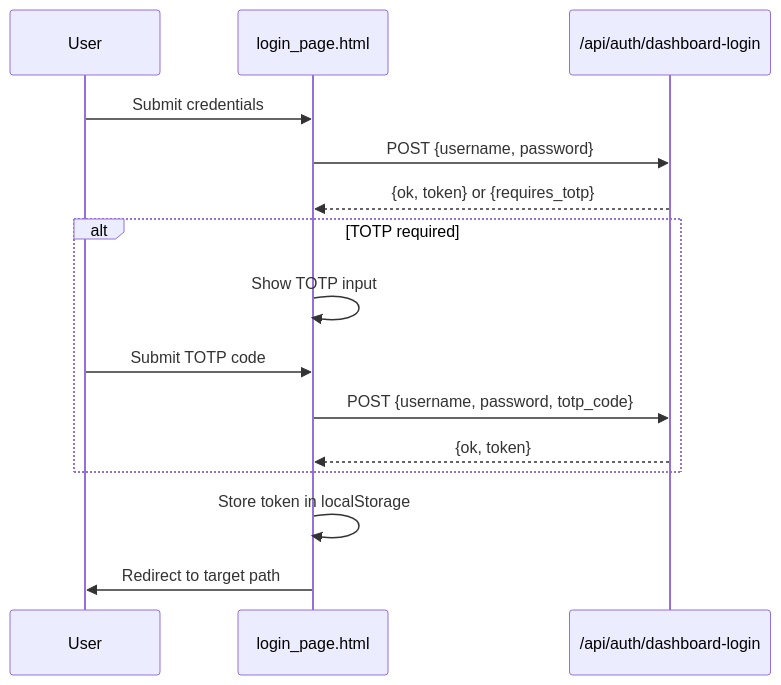
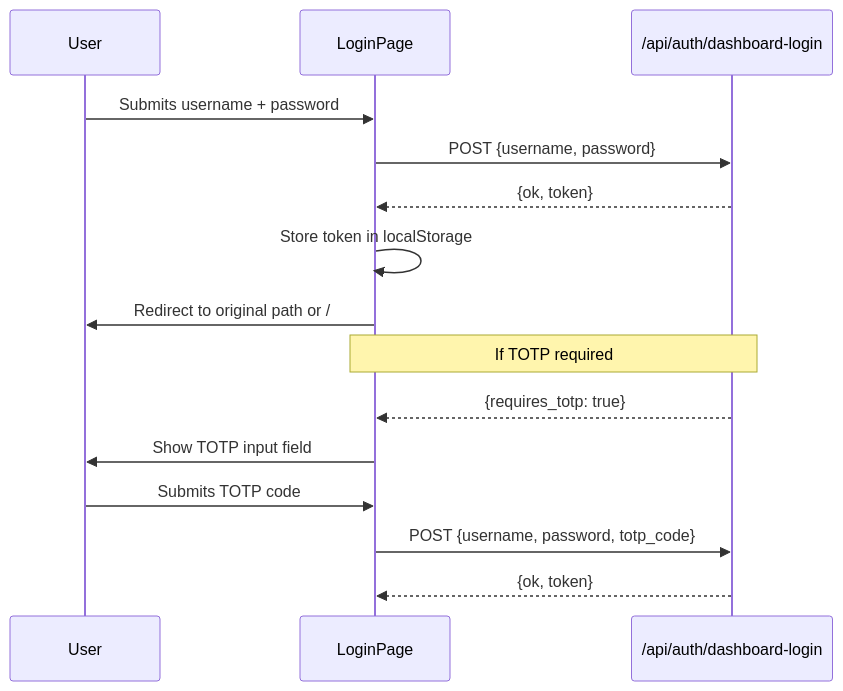
One commit to leszek3737/librefang-WIki changed the diagram in other-librefang-api-src.md. Above: the diagram before and after it, drawn with Mermaid. The commit also changed other lines of this file and 119 other files, not shown here.

````diff
--- a/other-librefang-api-src.md
+++ b/other-librefang-api-src.md
@@ -19,18 +15,19 @@
 ```mermaid
 sequenceDiagram
     participant User
-    participant LoginPage as login_page.html
+    participant LoginPage
     participant API as /api/auth/dashboard-login
 
-    User->>LoginPage: Submit credentials
+    User->>LoginPage: Submits username + password
     LoginPage->>API: POST {username, password}
-    API-->>LoginPage: {ok, token} or {requires_totp}
-    alt TOTP required
-        LoginPage->>LoginPage: Show TOTP input
-        User->>LoginPage: Submit TOTP code
-        LoginPage->>API: POST {username, password, totp_code}
-        API-->>LoginPage: {ok, token}
-    end
+    API-->>LoginPage: {ok, token}
     LoginPage->>LoginPage: Store token in localStorage
-    LoginPage->>User: Redirect to target path
+    LoginPage->>User: Redirect to original path or /
+
+    Note over LoginPage,API: If TOTP required
+    API-->>LoginPage: {requires_totp: true}
+    LoginPage->>User: Show TOTP input field
+    User->>LoginPage: Submits TOTP code
+    LoginPage->>API: POST {username, password, totp_code}
+    API-->>LoginPage: {ok, token}
 ```
````
